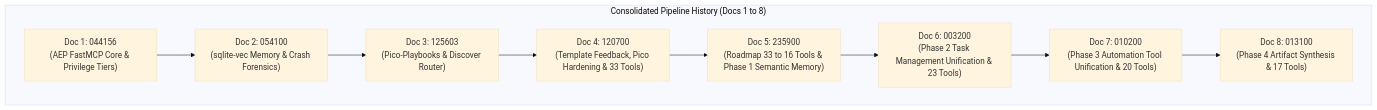
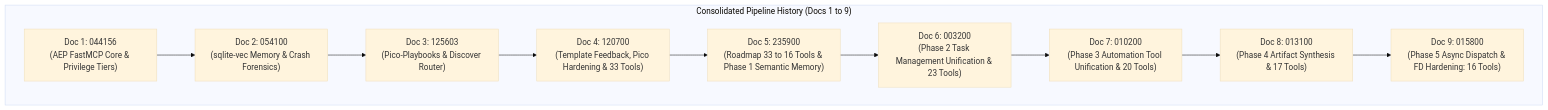
Before and after one commit to ancrz/agent-execution-plane: the diagram in docs/pipeline/feature_rollup.md, drawn with Mermaid (base theme). The commit also changed other lines of this file and 6 other files, not shown here.

Commit message:
docs(state): record phase 5 async_dispatch consolidation and 16-tool baseline

````diff
--- a/docs/pipeline/feature_rollup.md
+++ b/docs/pipeline/feature_rollup.md
@@ -15,16 +15,17 @@
 ```mermaid
 flowchart LR
-    subgraph RollupChain["Consolidated Pipeline History (Docs 1 to 8)"]
+    subgraph RollupChain["Consolidated Pipeline History (Docs 1 to 9)"]
         direction LR
         D1["Doc 1: 044156<br/>(AEP FastMCP Core & Privilege Tiers)"]
         D2["Doc 2: 054100<br/>(sqlite-vec Memory & Crash Forensics)"]
         D3["Doc 3: 125603<br/>(Pico-Playbooks & Discover Router)"]
         D4["Doc 4: 120700<br/>(Template Feedback, Pico Hardening & 33 Tools)"]
         D5["Doc 5: 235900<br/>(Roadmap 33 to 16 Tools & Phase 1 Semantic Memory)"]
         D6["Doc 6: 003200<br/>(Phase 2 Task Management Unification & 23 Tools)"]
         D7["Doc 7: 010200<br/>(Phase 3 Automation Tool Unification & 20 Tools)"]
         D8["Doc 8: 013100<br/>(Phase 4 Artifact Synthesis & 17 Tools)"]
+        D9["Doc 9: 015800<br/>(Phase 5 Async Dispatch & FD Hardening: 16 Tools)"]
 
-        D1 --> D2 --> D3 --> D4 --> D5 --> D6 --> D7 --> D8
+        D1 --> D2 --> D3 --> D4 --> D5 --> D6 --> D7 --> D8 --> D9
     end
 ```
````
